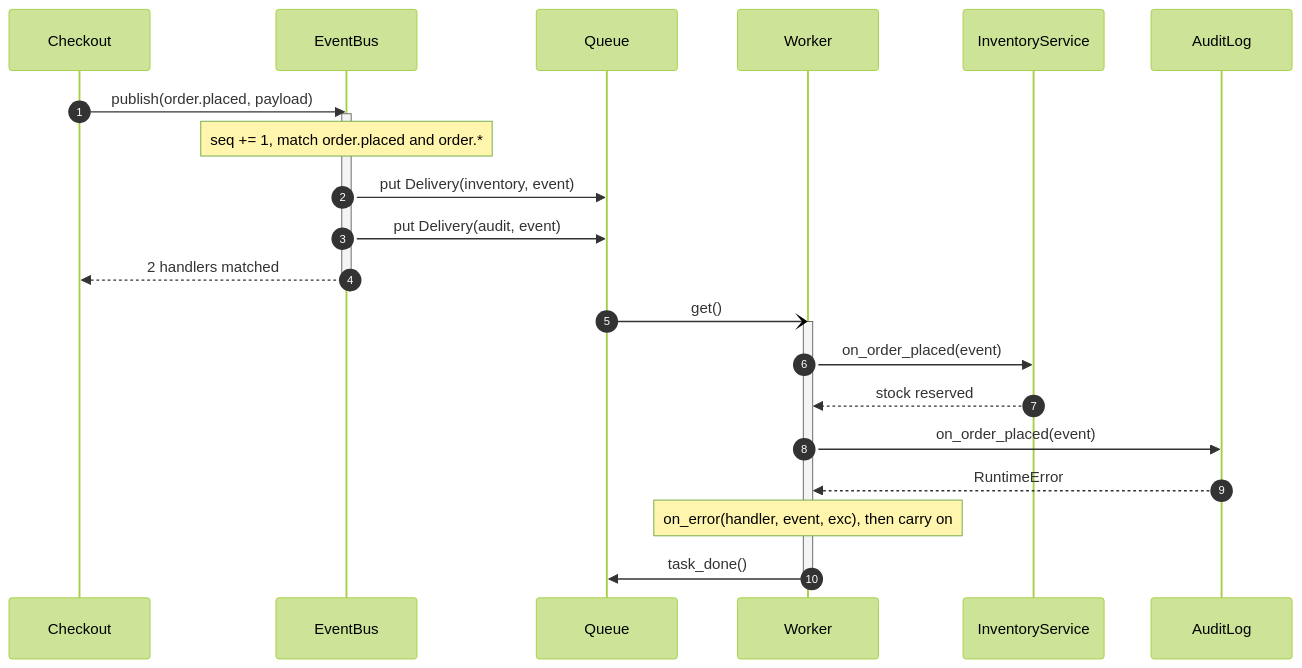
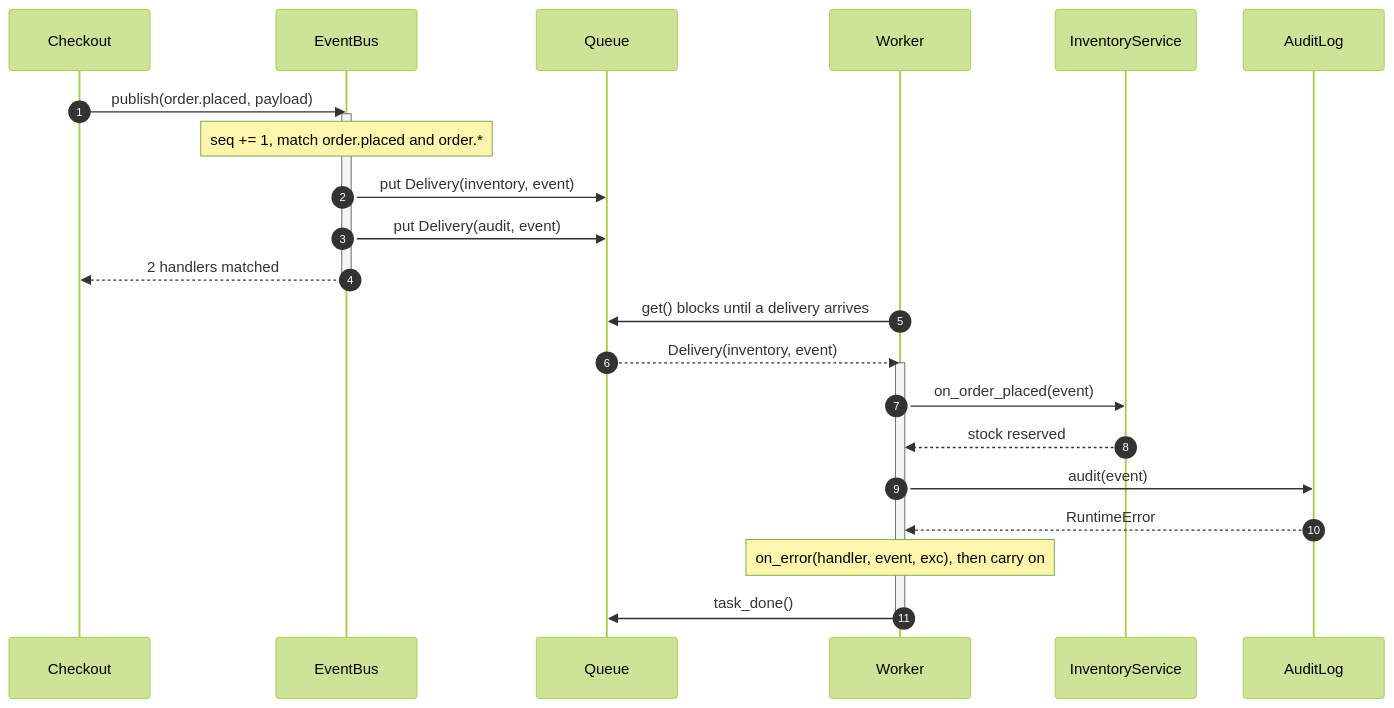
Before and after one commit to param087/hld-lld-interview-handbook: the second of 2 diagrams in docs/lld/patterns/event-bus.md, drawn with Mermaid (forest theme). The commit also changed other lines of this file and 22 other files, not shown here.

Commit message:
Review R5 fixes: LLD fundamentals accuracy (UML notation, GIL atomicity, match exhaustiveness, RWLock reentrancy); align AUTHORING realisation arrow

````diff
--- a/docs/lld/patterns/event-bus.md
+++ b/docs/lld/patterns/event-bus.md
@@ -81,26 +81,27 @@
 ```mermaid
 sequenceDiagram
     autonumber
     participant P as Checkout
     participant B as EventBus
     participant Q as Queue
     participant W as Worker
     participant I as InventoryService
     participant A as AuditLog
     P->>B: publish(order.placed, payload)
     activate B
     Note over B: seq += 1, match order.placed and order.*
     B->>Q: put Delivery(inventory, event)
     B->>Q: put Delivery(audit, event)
     B-->>P: 2 handlers matched
     deactivate B
-    Q-)W: get()
+    W->>Q: get() blocks until a delivery arrives
+    Q-->>W: Delivery(inventory, event)
     activate W
     W->>I: on_order_placed(event)
     I-->>W: stock reserved
-    W->>A: on_order_placed(event)
+    W->>A: audit(event)
     A-->>W: RuntimeError
     Note over W: on_error(handler, event, exc), then carry on
     W->>Q: task_done()
     deactivate W
 ```
````
